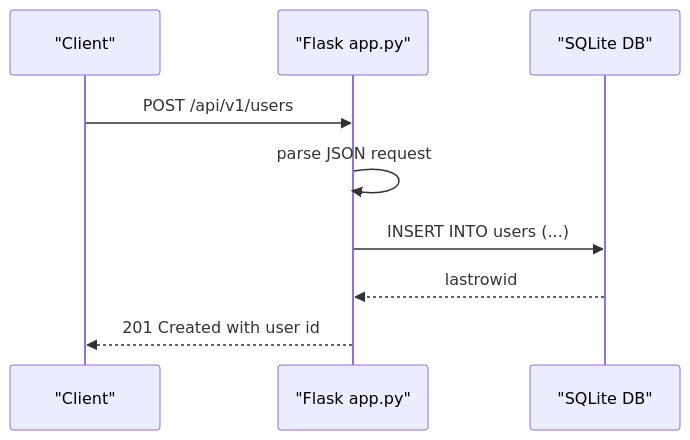
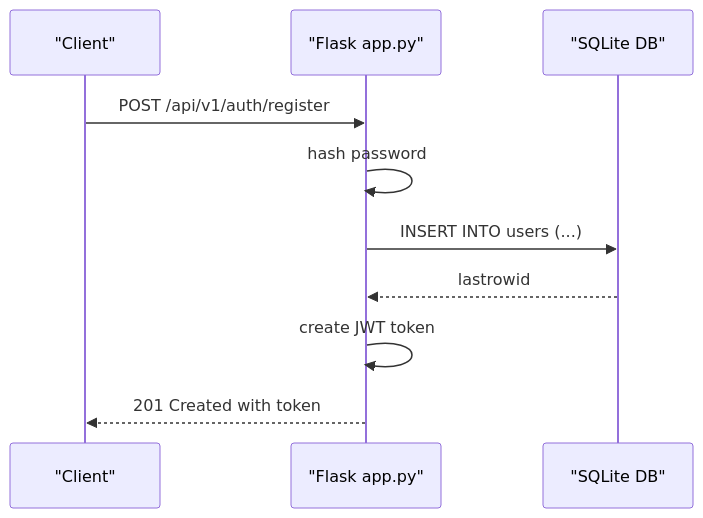
The fourth of 6 diagrams in .qoder/repowiki/en/content/Backend API Server/Database Schema Design.md (hsarjun04-netizen/NUTRICooACH), drawn with Mermaid before and after one commit. The commit also changed other lines of this file and 7 other files, not shown here.

Commit message:
Add Export My Data feature - download all user data as JSON

````diff
--- a/.qoder/repowiki/en/content/Backend API Server/Database Schema Design.md
+++ b/.qoder/repowiki/en/content/Backend API Server/Database Schema Design.md
@@ -278,11 +303,12 @@
 ```mermaid
 sequenceDiagram
 participant Client as "Client"
 participant API as "Flask app.py"
 participant DB as "SQLite DB"
-Client->>API : POST /api/v1/users
-API->>API : parse JSON request
+Client->>API : POST /api/v1/auth/register
+API->>API : hash password
 API->>DB : INSERT INTO users (...)
 DB-->>API : lastrowid
-API-->>Client : 201 Created with user id
+API->>API : create JWT token
+API-->>Client : 201 Created with token
 ```
````
